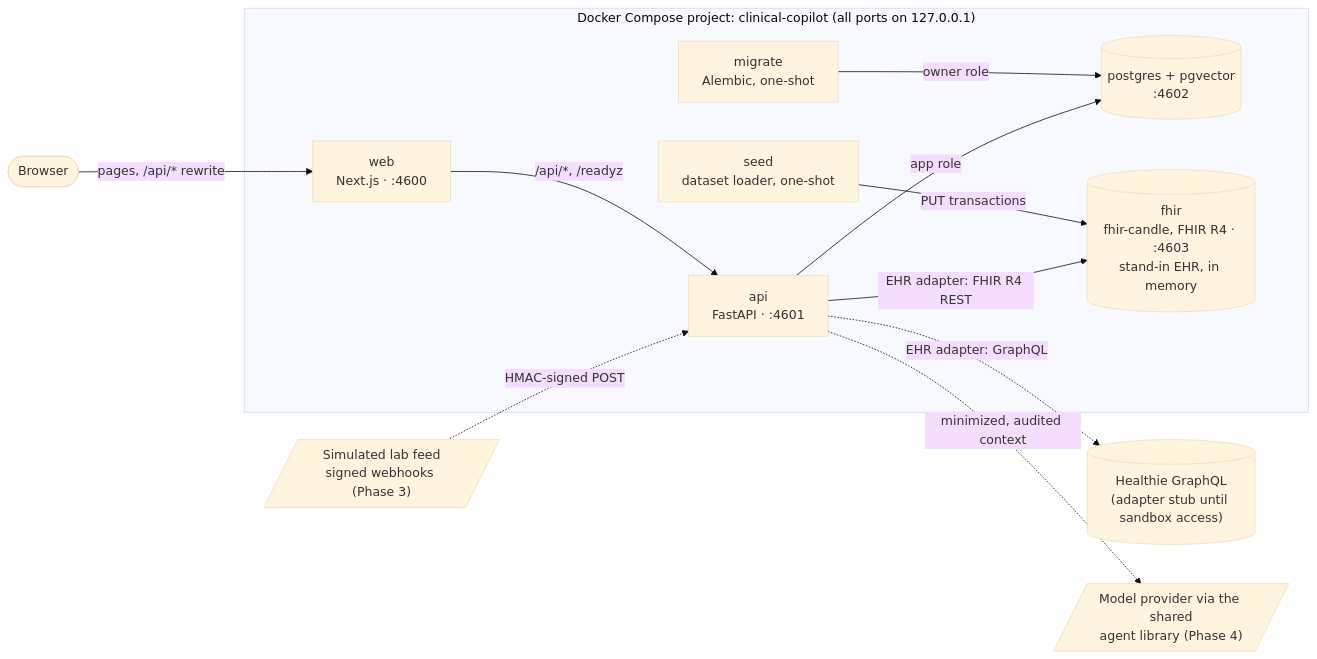
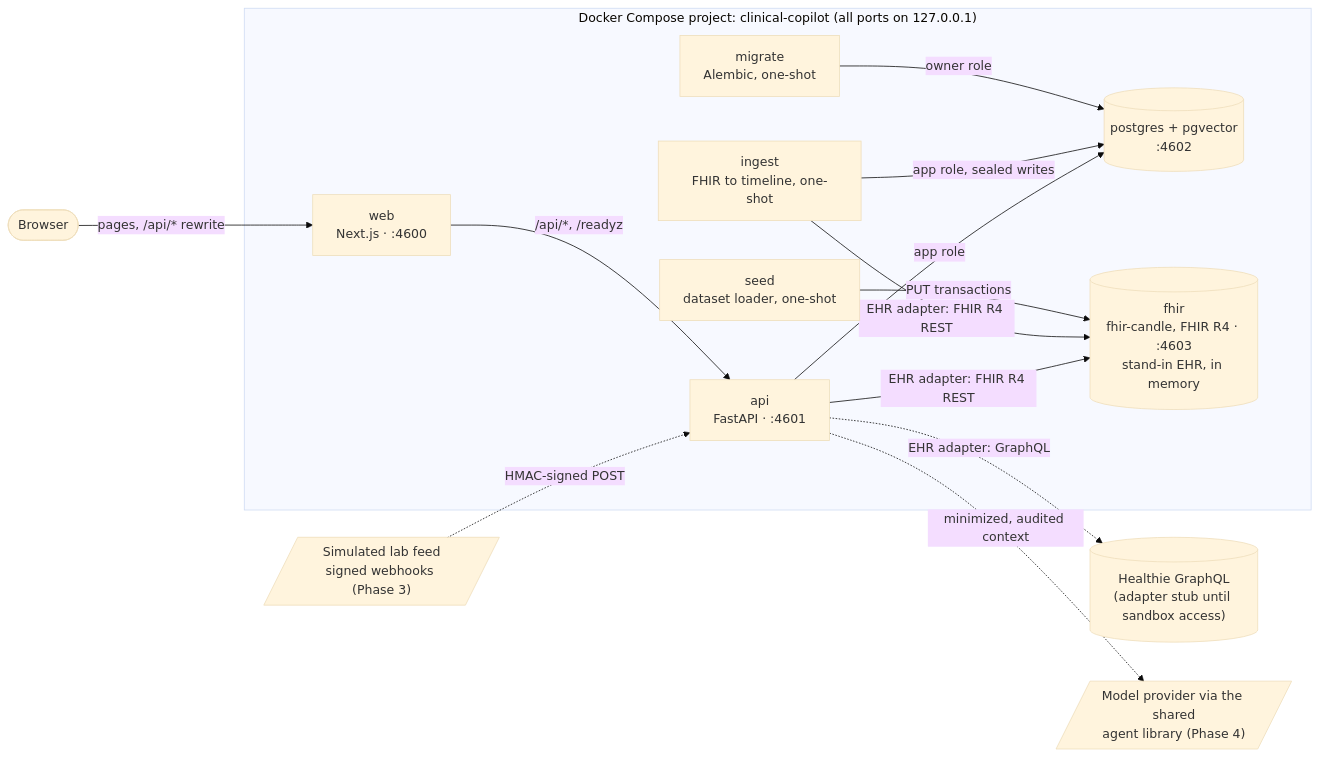
The first of 3 diagrams in docs/architecture.md (AOX-LLC/clinical-copilot), drawn with Mermaid (base theme) before and after one commit. The commit also changed other lines of this file and 2 other files, not shown here.

First line of the commit message:
Document the ingest flow, its timing and memory, and ADR 0015

````diff
--- a/docs/architecture.md
+++ b/docs/architecture.md
@@ -9,25 +9,28 @@
 ```mermaid
 flowchart LR
     browser([Browser])
     subgraph stack["Docker Compose project: clinical-copilot (all ports on 127.0.0.1)"]
         web["web<br/>Next.js · :4600"]
         api["api<br/>FastAPI · :4601"]
         migrate["migrate<br/>Alembic, one-shot"]
         seed["seed<br/>dataset loader, one-shot"]
+        ingest["ingest<br/>FHIR to timeline, one-shot"]
         db[("postgres + pgvector<br/>:4602")]
         fhir[("fhir<br/>fhir-candle, FHIR R4 · :4603<br/>stand-in EHR, in memory")]
     end
     healthie[("Healthie GraphQL<br/>(adapter stub until sandbox access)")]
     labs[/"Simulated lab feed<br/>signed webhooks (Phase 3)"/]
     model[/"Model provider via the shared<br/>agent library (Phase 4)"/]
 
     browser -->|"pages, /api/* rewrite"| web
     web -->|"/api/*, /readyz"| api
     migrate -->|"owner role"| db
     seed -->|"PUT transactions"| fhir
+    ingest -->|"EHR adapter: FHIR R4 REST"| fhir
+    ingest -->|"app role, sealed writes"| db
     api -->|"app role"| db
     api -->|"EHR adapter: FHIR R4 REST"| fhir
     api -.->|"EHR adapter: GraphQL"| healthie
     labs -.->|"HMAC-signed POST"| api
     api -.->|"minimized, audited context"| model
 ```
````
